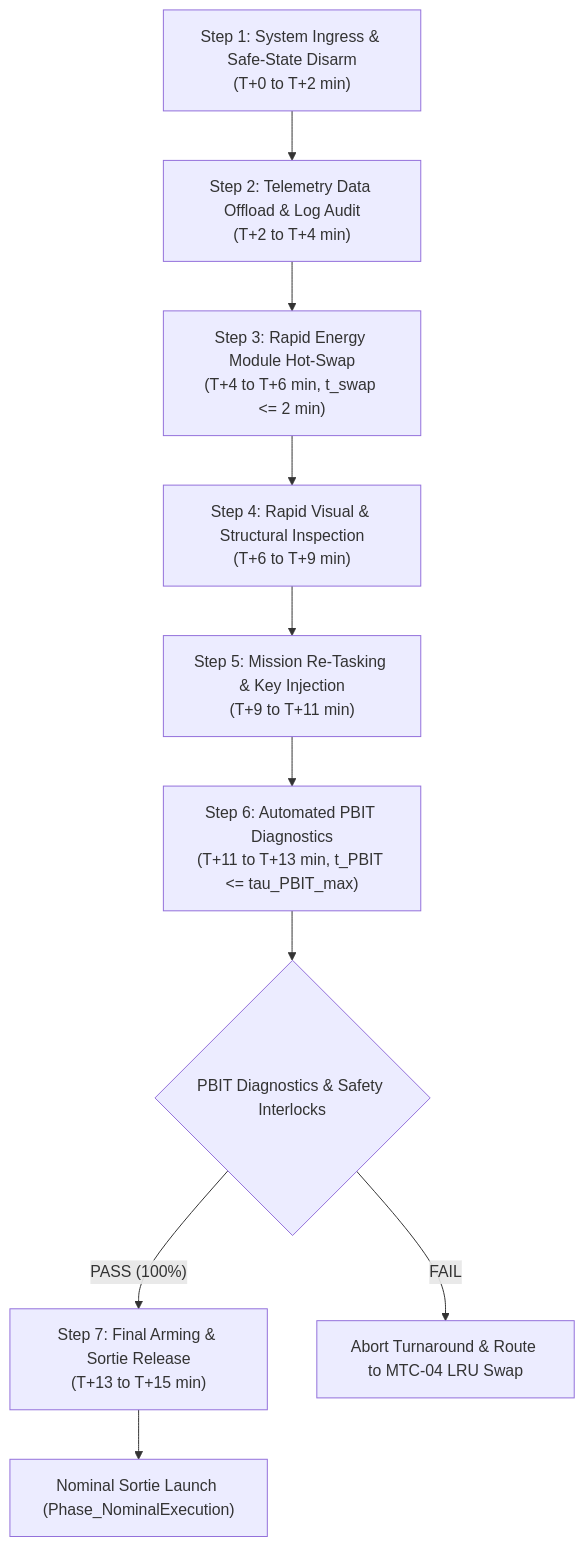
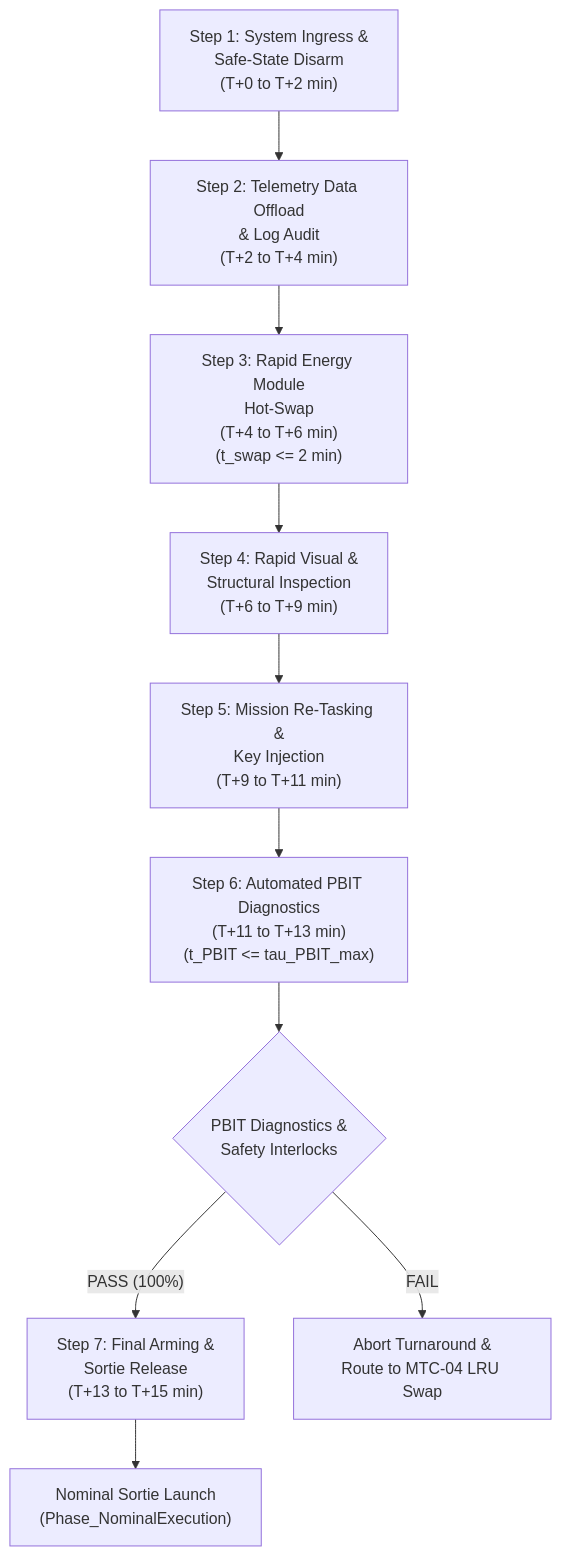
The diagram in skills/spec-conops-engineering/resources/units/conops/10_MAINTENANCE_AND_GSE_SUPPORT.md (gintatkinson/DEAP-avionic-flight-safety), drawn with Mermaid before and after one commit. The commit also changed other lines of this file and 136 other files, not shown here.

````diff
--- a/skills/spec-conops-engineering/resources/units/conops/10_MAINTENANCE_AND_GSE_SUPPORT.md
+++ b/skills/spec-conops-engineering/resources/units/conops/10_MAINTENANCE_AND_GSE_SUPPORT.md
@@ -60,12 +70,12 @@
 ```mermaid
 flowchart TD
-    Step1["Step 1: System Ingress & Safe-State Disarm<br/>(T+0 to T+2 min)"] --> Step2["Step 2: Telemetry Data Offload & Log Audit<br/>(T+2 to T+4 min)"]
-    Step2 --> Step3["Step 3: Rapid Energy Module Hot-Swap<br/>(T+4 to T+6 min, t_swap <= 2 min)"]
-    Step3 --> Step4["Step 4: Rapid Visual & Structural Inspection<br/>(T+6 to T+9 min)"]
-    Step4 --> Step5["Step 5: Mission Re-Tasking & Key Injection<br/>(T+9 to T+11 min)"]
-    Step5 --> Step6["Step 6: Automated PBIT Diagnostics<br/>(T+11 to T+13 min, t_PBIT <= tau_PBIT_max)"]
-    Step6 --> GateCheck{"PBIT Diagnostics & Safety Interlocks"}
-    GateCheck -- "PASS (100%)" --> Step7["Step 7: Final Arming & Sortie Release<br/>(T+13 to T+15 min)"]
-    GateCheck -- "FAIL" --> AbortMTC04["Abort Turnaround & Route to MTC-04 LRU Swap"]
-    Step7 --> SortieLaunch["Nominal Sortie Launch (Phase_NominalExecution)"]
+    Step1["Step 1: System Ingress &<br/>Safe-State Disarm<br/>(T+0 to T+2 min)"] --> Step2["Step 2: Telemetry Data Offload<br/>& Log Audit<br/>(T+2 to T+4 min)"]
+    Step2 --> Step3["Step 3: Rapid Energy Module<br/>Hot-Swap<br/>(T+4 to T+6 min)<br/>(t_swap <= 2 min)"]
+    Step3 --> Step4["Step 4: Rapid Visual &<br/>Structural Inspection<br/>(T+6 to T+9 min)"]
+    Step4 --> Step5["Step 5: Mission Re-Tasking &<br/>Key Injection<br/>(T+9 to T+11 min)"]
+    Step5 --> Step6["Step 6: Automated PBIT Diagnostics<br/>(T+11 to T+13 min)<br/>(t_PBIT <= tau_PBIT_max)"]
+    Step6 --> GateCheck{"PBIT Diagnostics &<br/>Safety Interlocks"}
+    GateCheck -- "PASS (100%)" --> Step7["Step 7: Final Arming &<br/>Sortie Release<br/>(T+13 to T+15 min)"]
+    GateCheck -- "FAIL" --> AbortMTC04["Abort Turnaround &<br/>Route to MTC-04 LRU Swap"]
+    Step7 --> SortieLaunch["Nominal Sortie Launch<br/>(Phase_NominalExecution)"]
 ```
````
